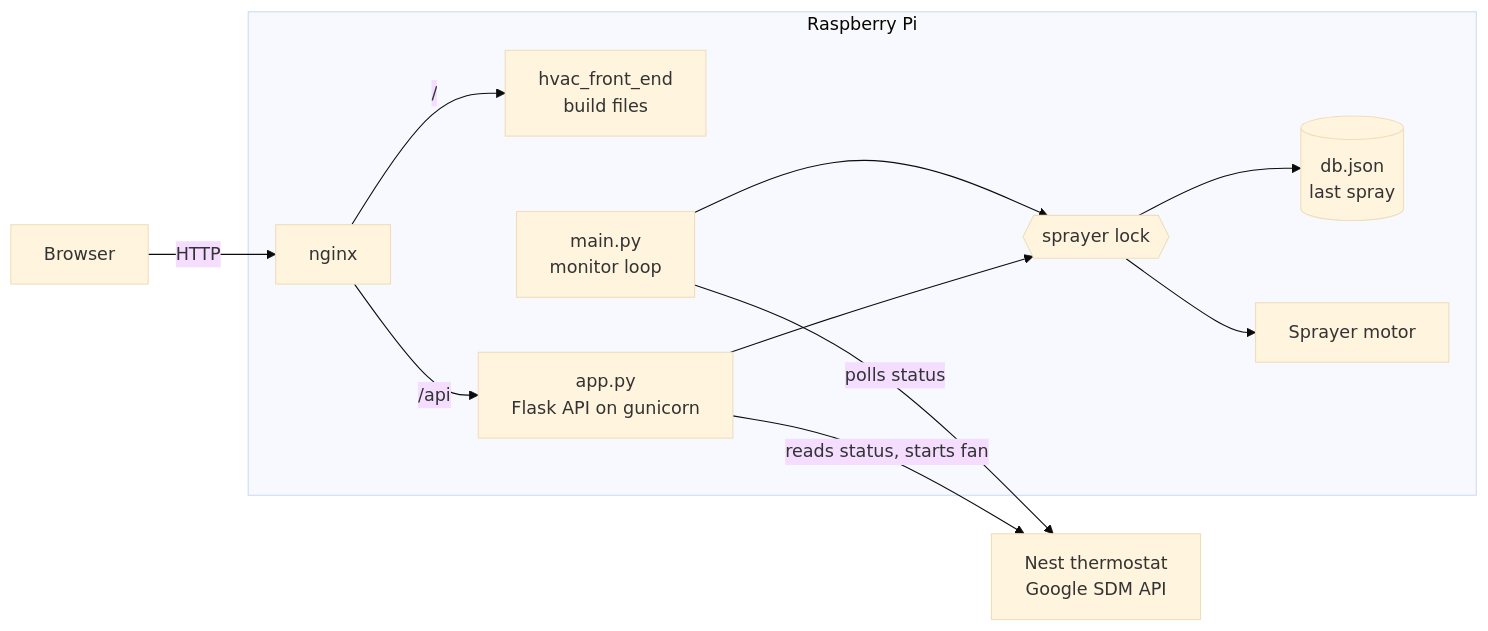
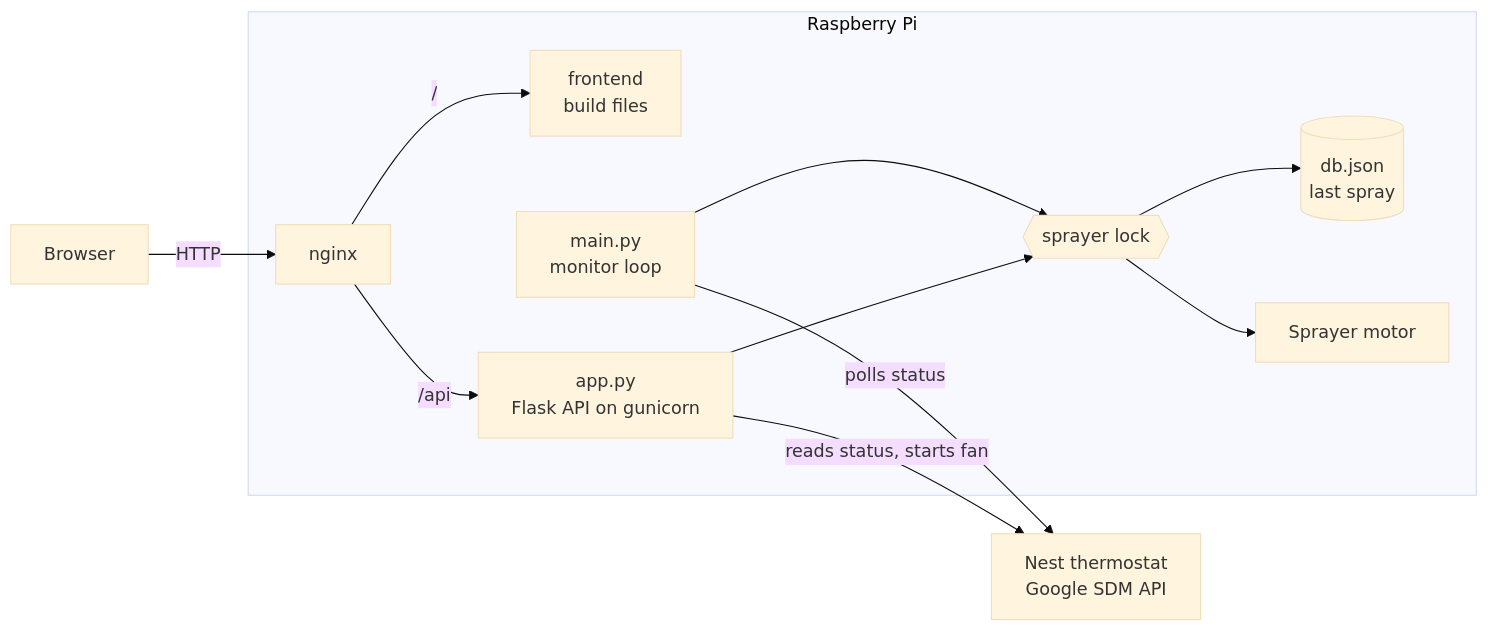
One commit to kcmodev/hvac-air-freshener changed the diagram in README.md. Above: the diagram before and after it, drawn with Mermaid (base theme). The commit also changed other lines of this file and 7 other files, not shown here.

````diff
--- a/README.md
+++ b/README.md
@@ -11,25 +16,25 @@
 ```mermaid
 flowchart LR
     Nest[Nest thermostat<br/>Google SDM API]
     Browser[Browser]
 
     subgraph Pi[Raspberry Pi]
         Nginx[nginx]
-        Files[hvac_front_end<br/>build files]
+        Files[frontend<br/>build files]
         Monitor[main.py<br/>monitor loop]
         Web[app.py<br/>Flask API on gunicorn]
         Lock{{sprayer lock}}
         DB[(db.json<br/>last spray)]
         Motor[Sprayer motor]
     end
 
     Monitor -- polls status --> Nest
     Web -- reads status, starts fan --> Nest
     Browser -- HTTP --> Nginx
     Nginx -- / --> Files
     Nginx -- /api --> Web
     Monitor --> Lock
     Web --> Lock
     Lock --> Motor
     Lock --> DB
 ```
````
